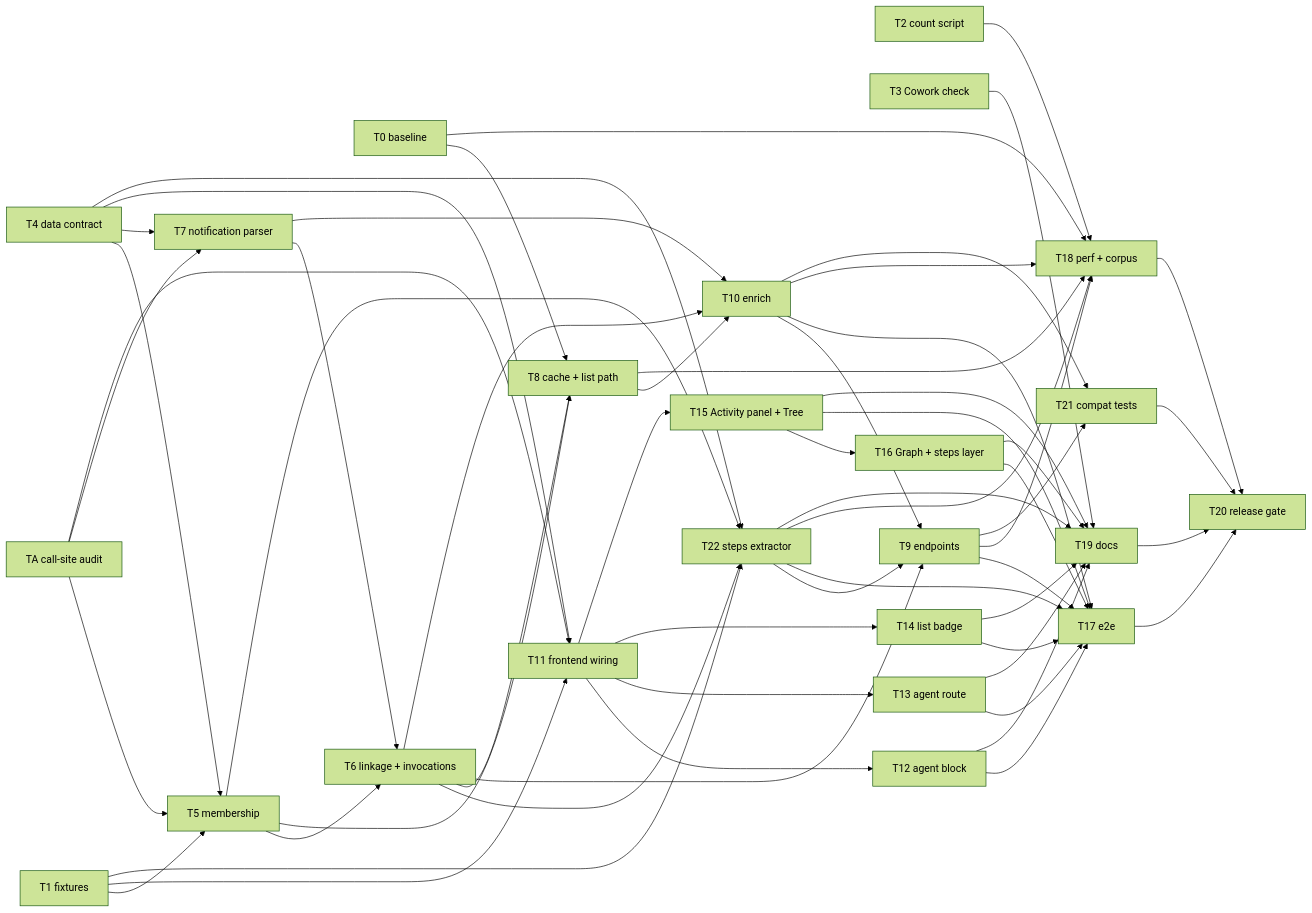
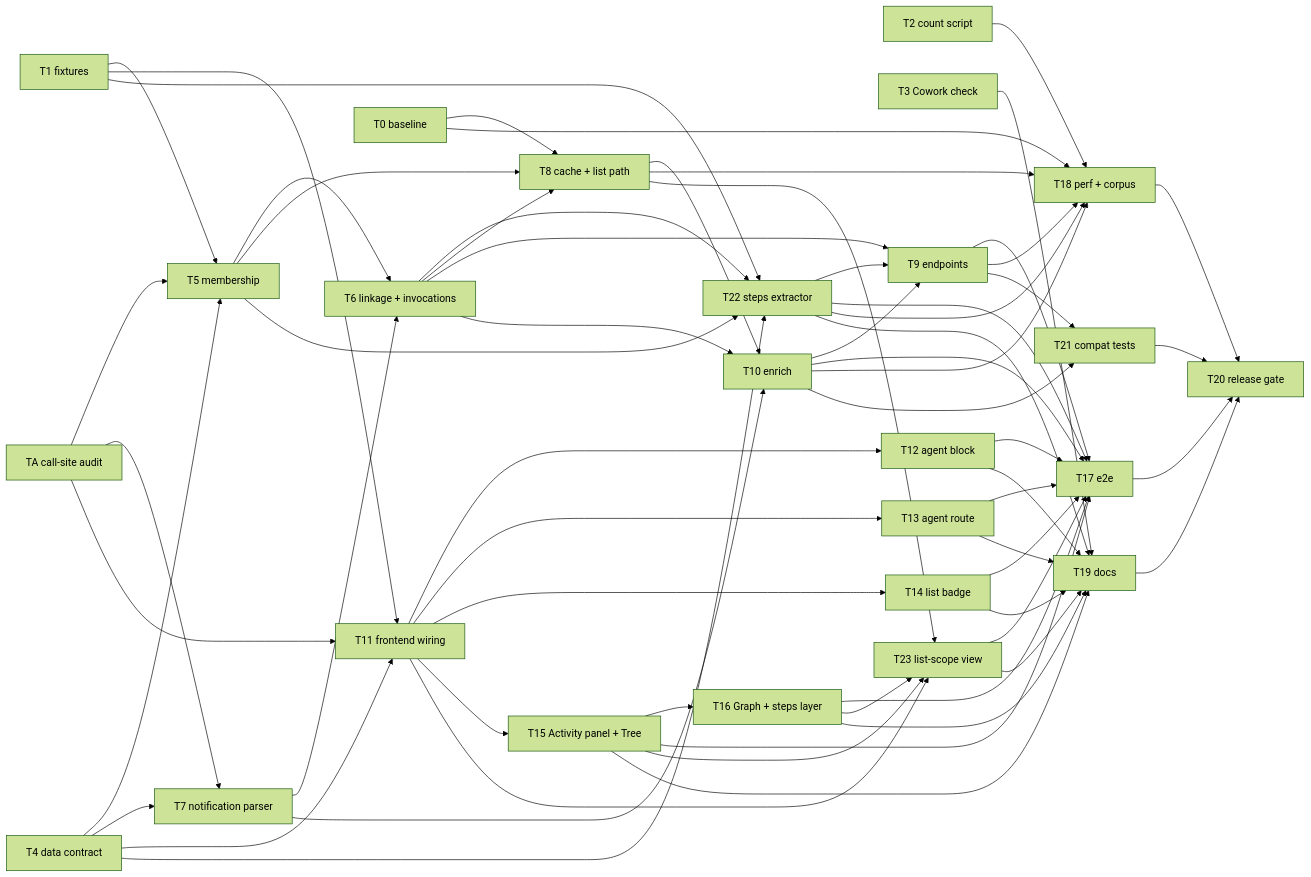
One commit to rpeck/claude-explorer changed the diagram in PLANS/2026.10.23-subagent-viewer-and-dag.md. Above: the diagram before and after it, drawn with Mermaid (forest theme). The commit also changed other lines of this file and 1 other file, not shown here.

First line of the commit message:
docs(plans): add the list scope to the subagent viewer plan

````diff
--- a/PLANS/2026.10.23-subagent-viewer-and-dag.md
+++ b/PLANS/2026.10.23-subagent-viewer-and-dag.md
@@ -991,59 +1120,65 @@
 ```mermaid
 graph LR
   TA[TA call-site audit] --> T5
   TA --> T7
   TA --> T11
   T0[T0 baseline] --> T8
   T0 --> T18
   T1[T1 fixtures] --> T5
   T1 --> T11
   T1 --> T22
   T2[T2 count script] --> T18
   T3[T3 Cowork check] --> T19
   T4[T4 data contract] --> T5
   T4 --> T7
   T4 --> T11
   T4 --> T22
   T5[T5 membership] --> T6
   T5 --> T8
   T5 --> T22
   T6 --> T22
   T7[T7 notification parser] --> T6
   T7 --> T10
   T6[T6 linkage + invocations] --> T8
   T6 --> T9
   T6 --> T10
   T8[T8 cache + list path] --> T10
   T8 --> T18
   T22[T22 steps extractor] --> T9
   T22 --> T17
   T22 --> T18
   T22 --> T19
   T10[T10 enrich] --> T9
   T10 --> T17
   T10 --> T18
   T10 --> T21
   T9[T9 endpoints] --> T17
   T9 --> T18
   T9 --> T21
   T11[T11 frontend wiring] --> T12
   T11 --> T13
   T11 --> T14
   T11 --> T15
   T15[T15 Activity panel + Tree] --> T16
   T12[T12 agent block] --> T17
   T13[T13 agent route] --> T17
   T14[T14 list badge] --> T17
   T15 --> T17
   T16[T16 Graph + steps layer] --> T17
+  T15 --> T23
+  T16 --> T23
+  T11 --> T23
+  T8 --> T23
+  T23[T23 list-scope view] --> T17
+  T23 --> T19
   T12 --> T19
   T13 --> T19
   T14 --> T19
   T15 --> T19
   T16 --> T19
   T17[T17 e2e] --> T20
   T18[T18 perf + corpus] --> T20
   T19[T19 docs] --> T20
   T21[T21 compat tests] --> T20
   T20[T20 release gate]
 ```
````
